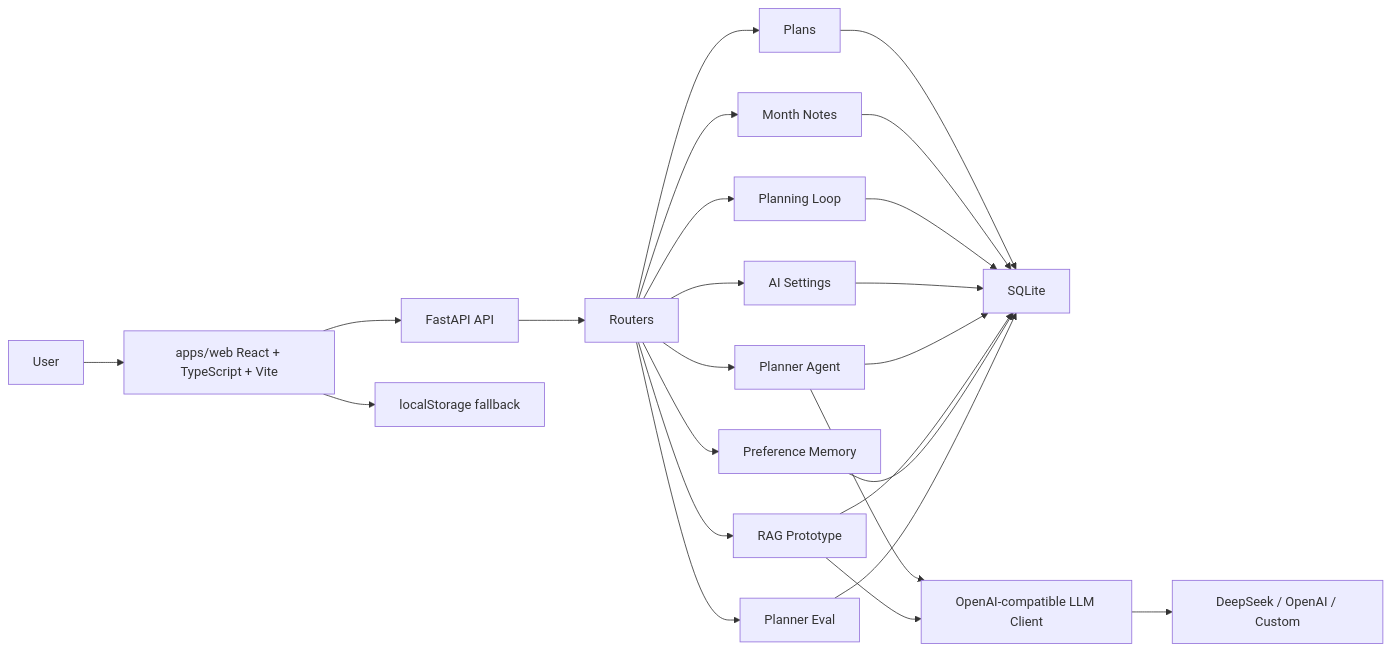
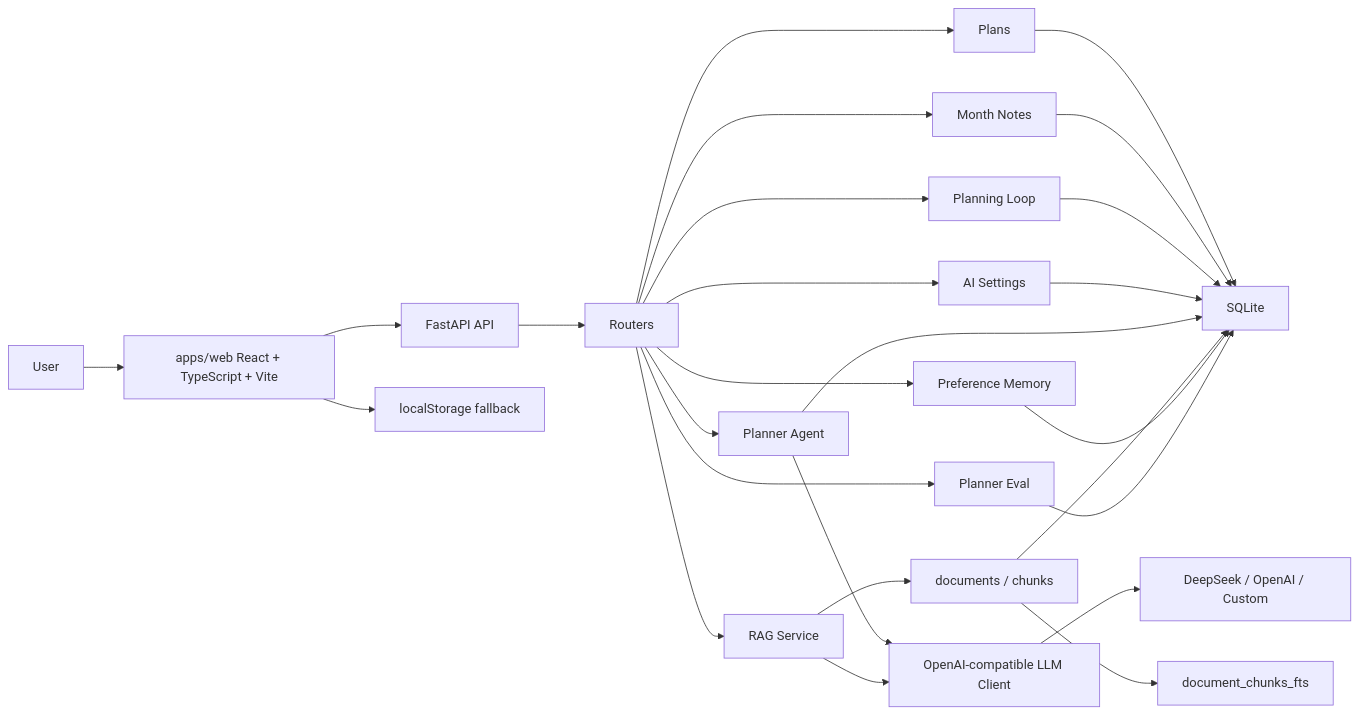
Before and after one commit to ab2956955606-cmyk/Planix: the diagram in docs/architecture.md, drawn with Mermaid. The commit also changed other lines of this file and 15 other files, not shown here.

Commit message:
feat: add sqlite fts rag sources

````diff
--- a/docs/architecture.md
+++ b/docs/architecture.md
@@ -3,28 +3,30 @@
 ```mermaid
 flowchart LR
   U["User"] --> FE["apps/web React + TypeScript + Vite"]
   FE --> API["FastAPI API"]
   FE --> LS["localStorage fallback"]
 
   API --> ROUTERS["Routers"]
   ROUTERS --> PLANS["Plans"]
   ROUTERS --> NOTES["Month Notes"]
   ROUTERS --> LOOP["Planning Loop"]
   ROUTERS --> SETTINGS["AI Settings"]
   ROUTERS --> AGENT["Planner Agent"]
-  ROUTERS --> RAG["RAG Prototype"]
+  ROUTERS --> RAG["RAG Service"]
   ROUTERS --> MEM["Preference Memory"]
   ROUTERS --> EVAL["Planner Eval"]
 
   PLANS --> DB["SQLite"]
   NOTES --> DB
   LOOP --> DB
   SETTINGS --> DB
   AGENT --> LLM["OpenAI-compatible LLM Client"]
   RAG --> LLM
   LLM --> PROVIDER["DeepSeek / OpenAI / Custom"]
   AGENT --> DB
-  RAG --> DB
+  RAG --> DOC["documents / chunks"]
+  DOC --> FTS["document_chunks_fts"]
+  DOC --> DB
   MEM --> DB
   EVAL --> DB
 ```
````
